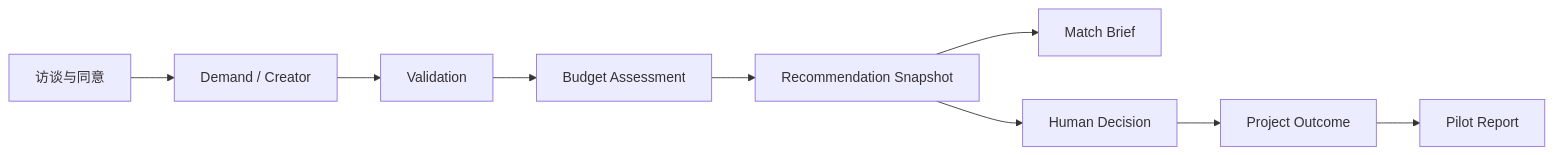
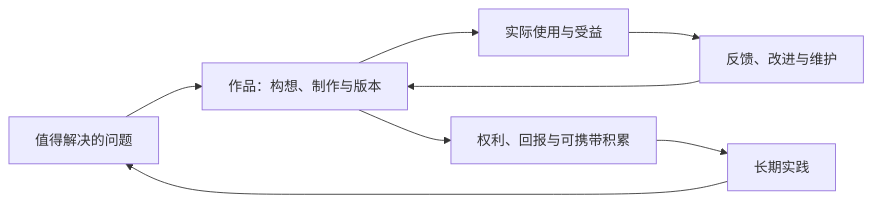
One commit to BillShiyaoZhang/desire-supply changed the first of 2 diagrams in docs/guide/core-concepts.md. Above: the diagram before and after it, drawn with Mermaid. The commit also changed other lines of this file and 18 other files, not shown here.

````diff
--- a/docs/guide/core-concepts.md
+++ b/docs/guide/core-concepts.md
@@ -47,11 +16,10 @@
 ```mermaid
 flowchart LR
-    I["访谈与同意"] --> D["Demand / Creator"]
-    D --> V["Validation"]
-    V --> B["Budget Assessment"]
-    B --> R["Recommendation Snapshot"]
-    R --> X["Match Brief"]
-    R --> C["Human Decision"]
-    C --> O["Project Outcome"]
-    O --> P["Pilot Report"]
+    P["值得解决的问题"] --> W["作品：构想、制作与版本"]
+    W --> U["实际使用与受益"]
+    U --> F["反馈、改进与维护"]
+    F --> W
+    W --> R["权利、回报与可携带积累"]
+    R --> L["长期实践"]
+    L --> P
 ```
````
